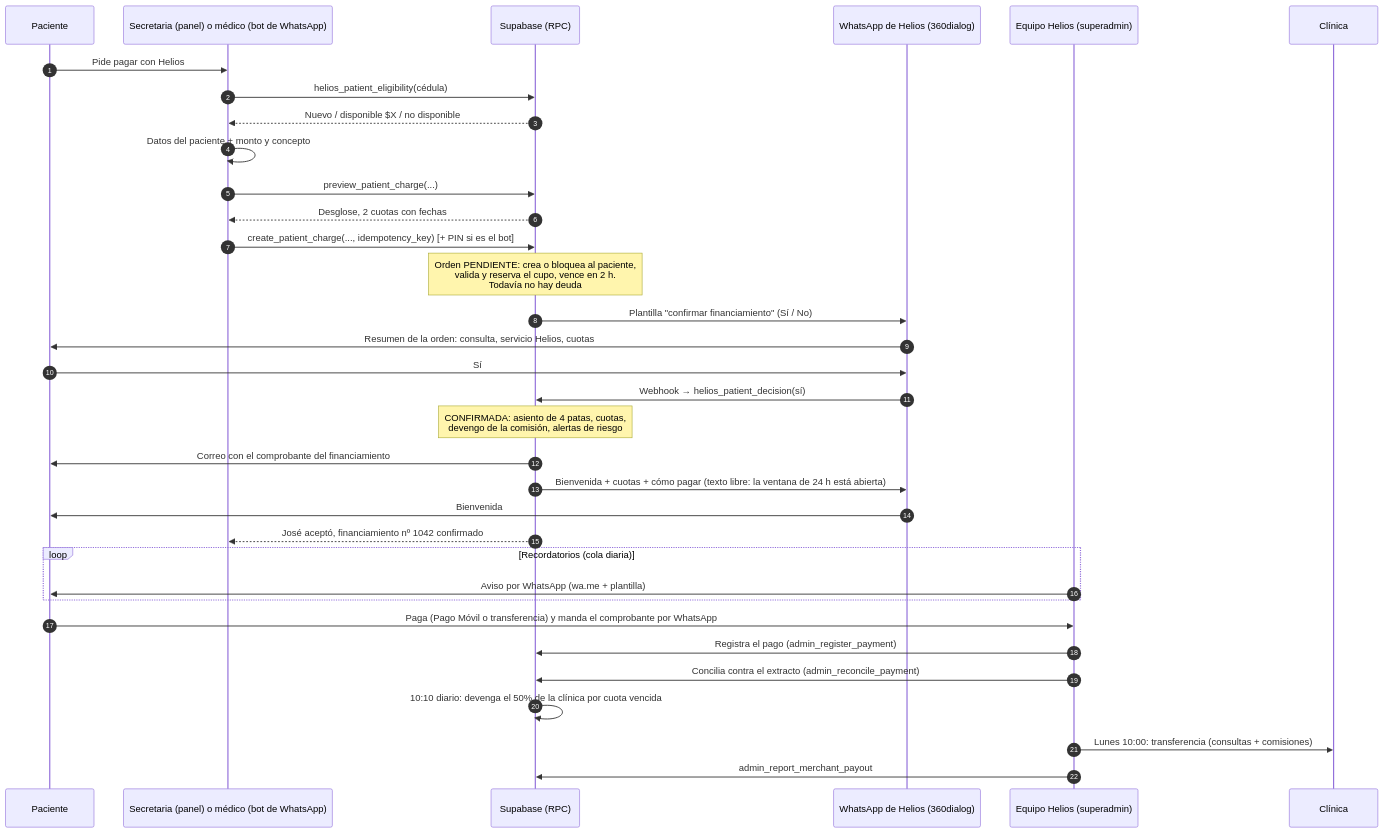
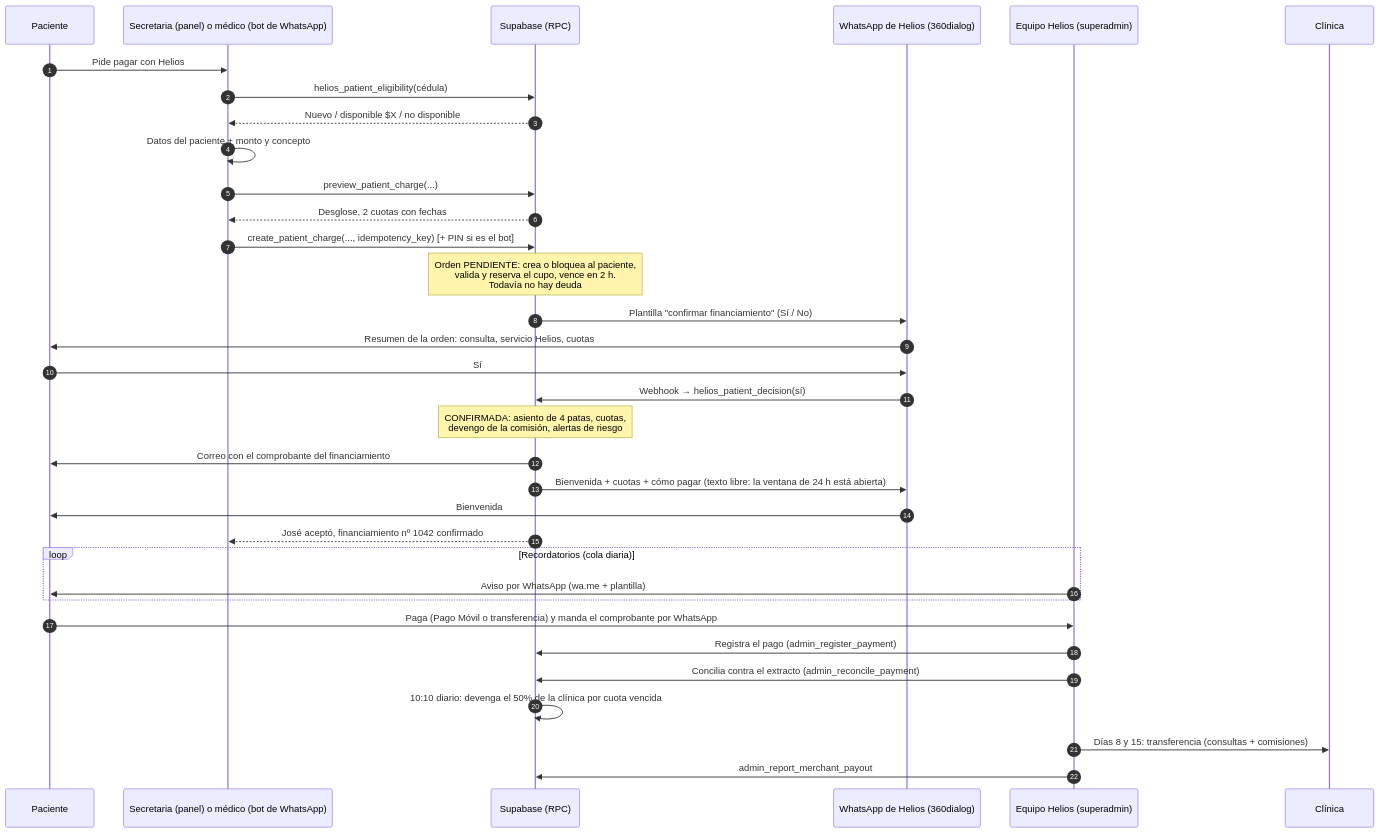
Before and after one commit to Jcarvajal3/Helios: the first of 2 diagrams in docs/00-PLAN-DE-IMPLEMENTACION.md, drawn with Mermaid. The commit also changed other lines of this file and 125 other files, not shown here.

````diff
--- a/docs/00-PLAN-DE-IMPLEMENTACION.md
+++ b/docs/00-PLAN-DE-IMPLEMENTACION.md
@@ -85,37 +117,37 @@
 ```mermaid
 sequenceDiagram
   autonumber
   participant P as Paciente
   participant S as Secretaria (panel) o médico (bot de WhatsApp)
   participant DB as Supabase (RPC)
   participant W as WhatsApp de Helios (360dialog)
   participant H as Equipo Helios (superadmin)
   participant C as Clínica
 
   P->>S: Pide pagar con Helios
   S->>DB: helios_patient_eligibility(cédula)
   DB-->>S: Nuevo / disponible $X / no disponible
   S->>S: Datos del paciente + monto y concepto
   S->>DB: preview_patient_charge(...)
   DB-->>S: Desglose, 2 cuotas con fechas
   S->>DB: create_patient_charge(..., idempotency_key) [+ PIN si es el bot]
   Note over DB: Orden PENDIENTE: crea o bloquea al paciente,<br/>valida y reserva el cupo, vence en 2 h.<br/>Todavía no hay deuda
   DB->>W: Plantilla "confirmar financiamiento" (Sí / No)
   W->>P: Resumen de la orden: consulta, servicio Helios, cuotas
   P->>W: Sí
   W->>DB: Webhook → helios_patient_decision(sí)
   Note over DB: CONFIRMADA: asiento de 4 patas, cuotas,<br/>devengo de la comisión, alertas de riesgo
   DB->>P: Correo con el comprobante del financiamiento
   DB->>W: Bienvenida + cuotas + cómo pagar (texto libre: la ventana de 24 h está abierta)
   W->>P: Bienvenida
   DB-->>S: José aceptó, financiamiento nº 1042 confirmado
   loop Recordatorios (cola diaria)
     H->>P: Aviso por WhatsApp (wa.me + plantilla)
   end
   P->>H: Paga (Pago Móvil o transferencia) y manda el comprobante por WhatsApp
   H->>DB: Registra el pago (admin_register_payment)
   H->>DB: Concilia contra el extracto (admin_reconcile_payment)
   DB->>DB: 10:10 diario: devenga el 50% de la clínica por cuota vencida
-  H->>C: Lunes 10:00: transferencia (consultas + comisiones)
+  H->>C: Días 8 y 15: transferencia (consultas + comisiones)
   H->>DB: admin_report_merchant_payout
 ```
````
